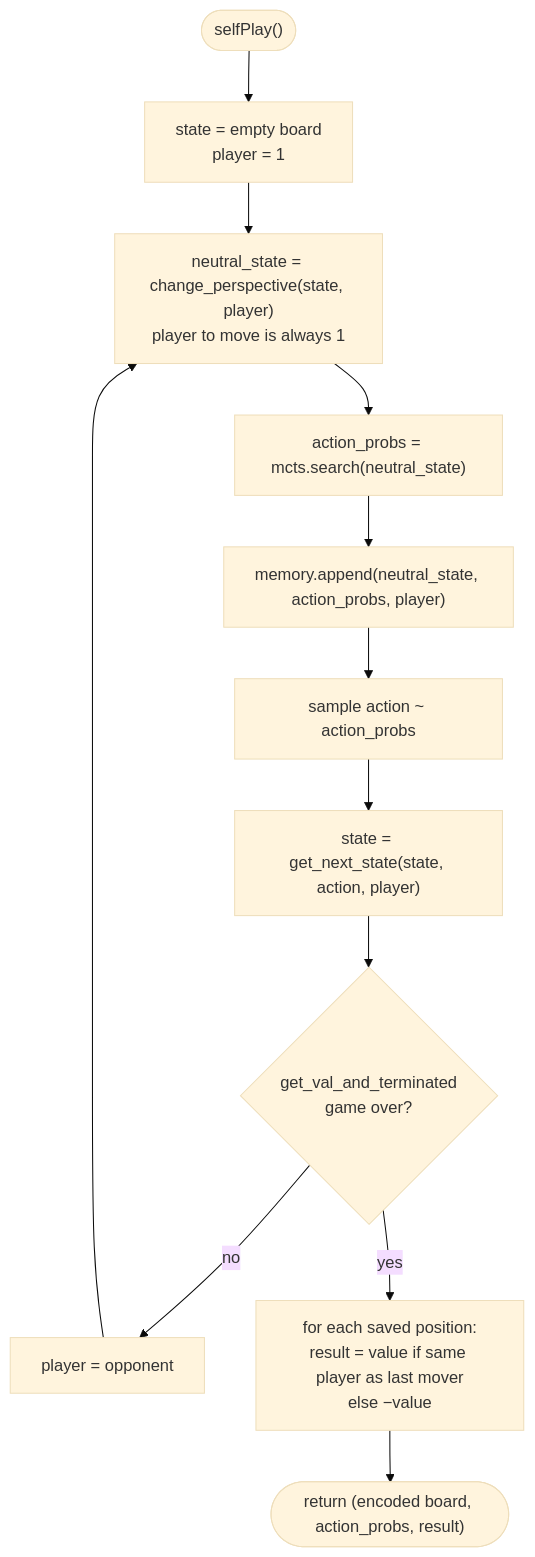
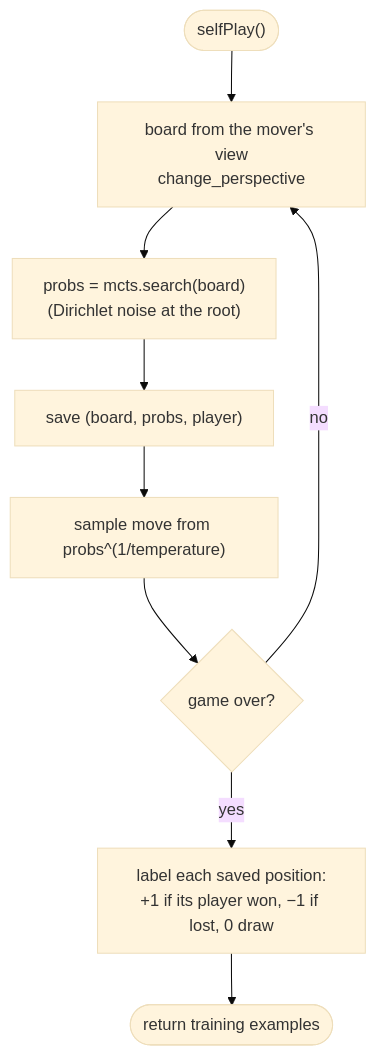
Before and after one commit to Sanchit1248/AlphaZero: the second of 5 diagrams in FLOWCHART.md, drawn with Mermaid (base theme). The commit also changed other lines of this file and 1 other file, not shown here.

First line of the commit message:
Update README and flowcharts to match the current project

````diff
--- a/FLOWCHART.md
+++ b/FLOWCHART.md
@@ -42,13 +22,11 @@
 ```mermaid
 flowchart TD
-    A(["selfPlay()"]) --> B["state = empty board<br/>player = 1"]
-    B --> C["neutral_state = change_perspective(state, player)<br/>player to move is always 1"]
-    C --> D["action_probs = mcts.search(neutral_state)"]
-    D --> E["memory.append(neutral_state, action_probs, player)"]
-    E --> F["sample action ~ action_probs"]
-    F --> G["state = get_next_state(state, action, player)"]
-    G --> H{"get_val_and_terminated<br/>game over?"}
-    H -- no --> I["player = opponent"] --> C
-    H -- yes --> J["for each saved position:<br/>result = value if same player as last mover<br/>else −value"]
-    J --> K(["return (encoded board, action_probs, result)"])
+    A(["selfPlay()"]) --> B["board from the mover's view<br/>change_perspective"]
+    B --> C["probs = mcts.search(board)<br/>(Dirichlet noise at the root)"]
+    C --> D["save (board, probs, player)"]
+    D --> E["sample move from probs^(1/temperature)"]
+    E --> F{"game over?"}
+    F -- no --> B
+    F -- yes --> G["label each saved position:<br/>+1 if its player won, −1 if lost, 0 draw"]
+    G --> H(["return training examples"])
 ```
````
